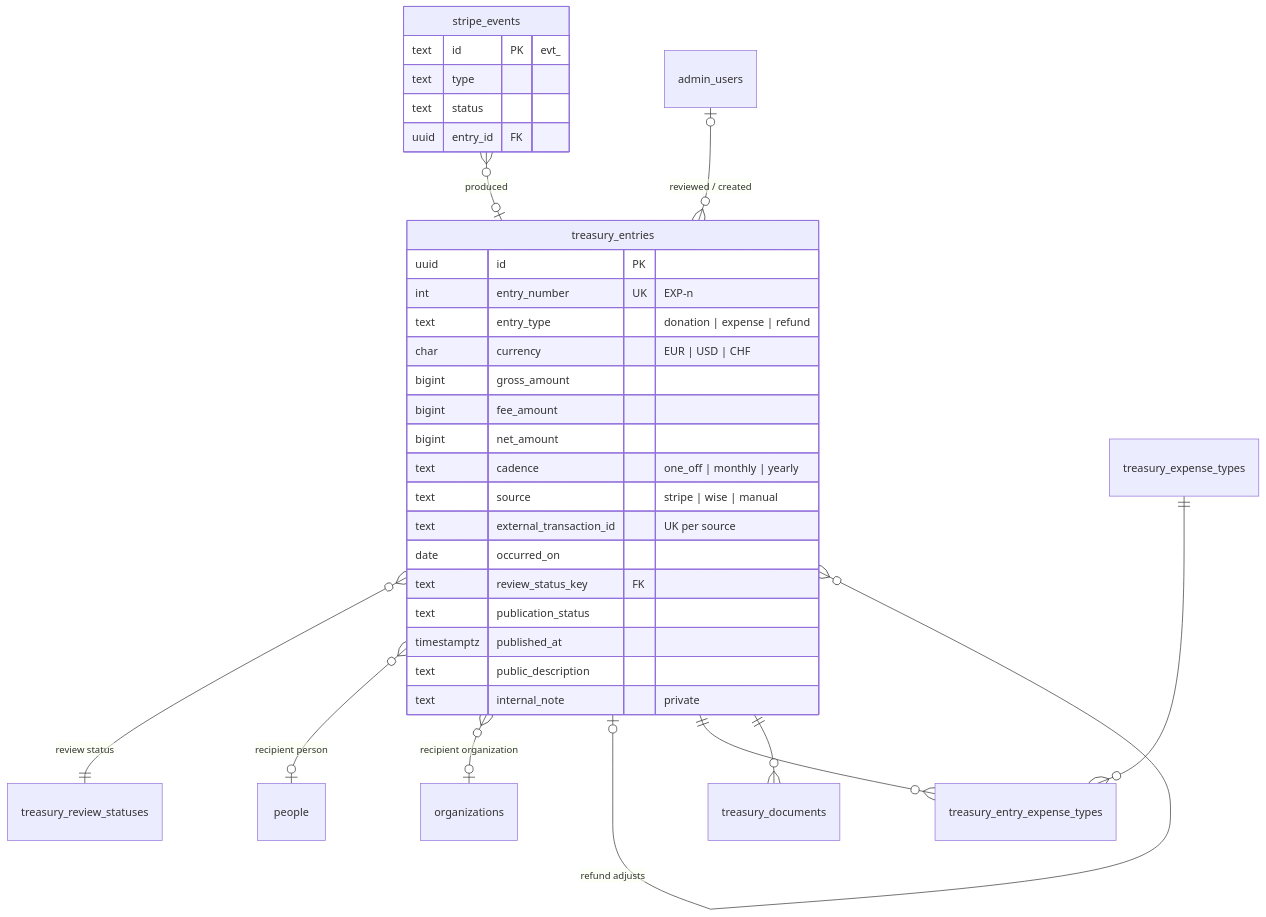
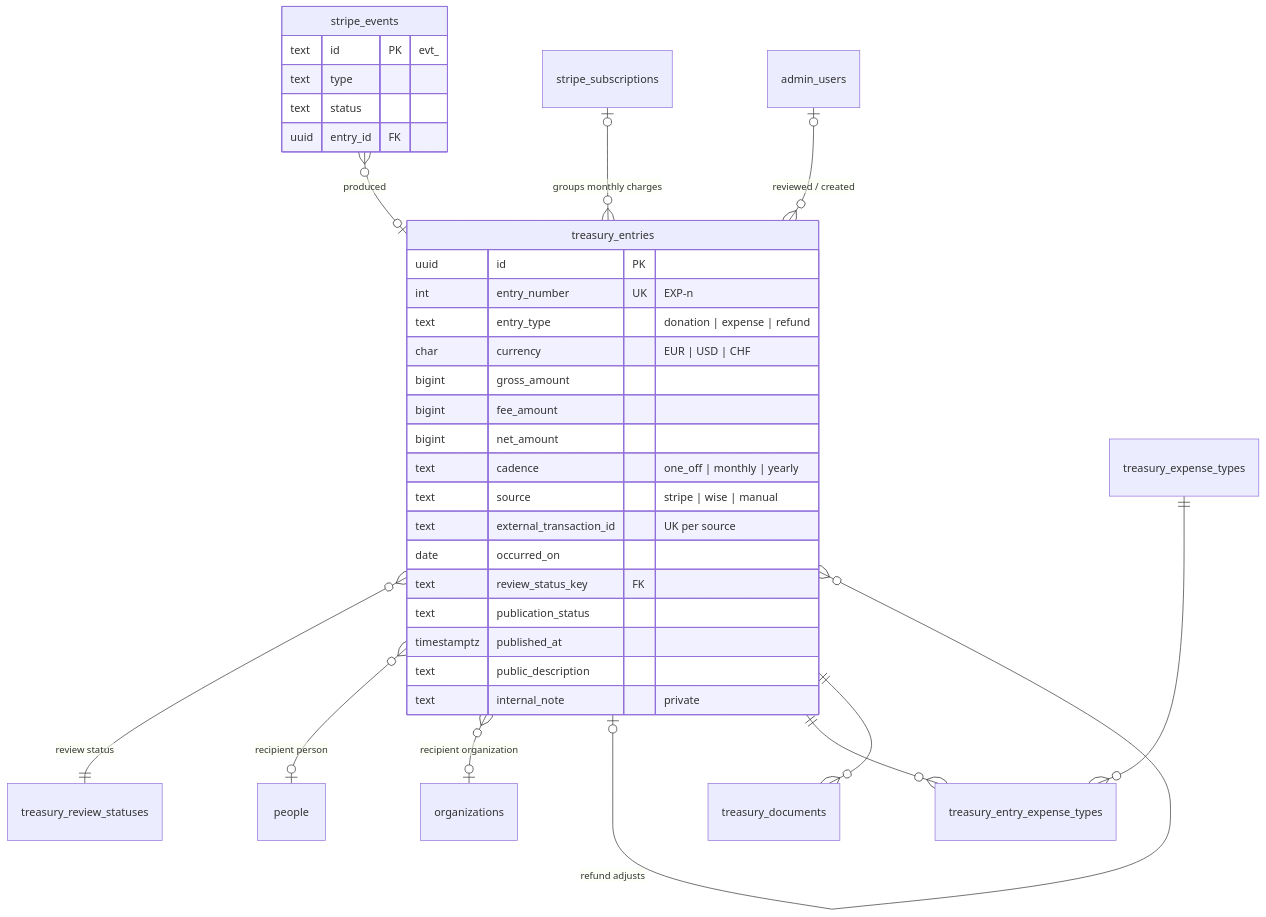
The second of 6 diagrams in docs/architecture/data-model.md (Global-experiment/Global-experiment), drawn with Mermaid before and after one commit. The commit also changed other lines of this file and 2 other files, not shown here.

Commit message:
docs(architecture): data ownership, flexible admin framework, Treasury decisions

````diff
--- a/docs/architecture/data-model.md
+++ b/docs/architecture/data-model.md
@@ -314,37 +383,38 @@
 ```mermaid
 erDiagram
   treasury_entries }o--|| treasury_review_statuses : "review status"
   treasury_entries }o--o| people : "recipient person"
   treasury_entries }o--o| organizations : "recipient organization"
   treasury_entries |o--o{ treasury_entries : "refund adjusts"
   treasury_entries ||--o{ treasury_entry_expense_types : ""
   treasury_expense_types ||--o{ treasury_entry_expense_types : ""
   treasury_entries ||--o{ treasury_documents : ""
   stripe_events }o--o| treasury_entries : "produced"
+  stripe_subscriptions |o--o{ treasury_entries : "groups monthly charges"
   admin_users |o--o{ treasury_entries : "reviewed / created"
 
   treasury_entries {
     uuid id PK
     int entry_number UK "EXP-n"
     text entry_type "donation | expense | refund"
     char currency "EUR | USD | CHF"
     bigint gross_amount
     bigint fee_amount
     bigint net_amount
     text cadence "one_off | monthly | yearly"
     text source "stripe | wise | manual"
     text external_transaction_id "UK per source"
     date occurred_on
     text review_status_key FK
     text publication_status
     timestamptz published_at
     text public_description
     text internal_note "private"
   }
   stripe_events {
     text id PK "evt_"
     text type
     text status
     uuid entry_id FK
   }
 ```
````
